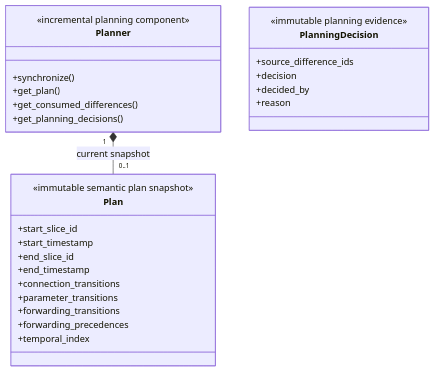
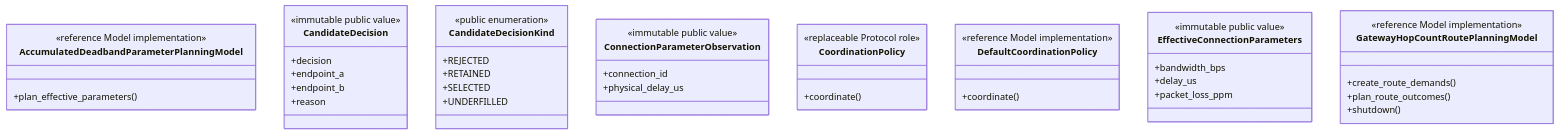
Before and after one commit to seed-labs/skyseed: the second of 8 diagrams in skyseed_v2/src/skyseed_v2/simulator/planning/README.md, drawn with Mermaid. The commit also changed other lines of this file and 256 other files, not shown here.

Commit message:
refactor: complete network planner architecture cutover

````diff
--- a/skyseed_v2/src/skyseed_v2/simulator/planning/README.md
+++ b/skyseed_v2/src/skyseed_v2/simulator/planning/README.md
@@ -119,31 +266,46 @@
 ```mermaid
 classDiagram
-    class Planner {
-        <<incremental planning component>>
-        +synchronize()
-        +get_plan()
-        +get_consumed_differences()
-        +get_planning_decisions()
+    class AccumulatedDeadbandParameterPlanningModel {
+        <<reference Model implementation>>
+        +plan_effective_parameters()
     }
-    class Plan {
-        <<immutable semantic plan snapshot>>
-        +start_slice_id
-        +start_timestamp
-        +end_slice_id
-        +end_timestamp
-        +connection_transitions
-        +parameter_transitions
-        +forwarding_transitions
-        +forwarding_precedences
-        +temporal_index
-    }
-    class PlanningDecision {
-        <<immutable planning evidence>>
-        +source_difference_ids
+    class CandidateDecision {
+        <<immutable public value>>
         +decision
-        +decided_by
+        +endpoint_a
+        +endpoint_b
         +reason
     }
-
-    Planner "1" *-- "0..1" Plan : current snapshot
+    class CandidateDecisionKind {
+        <<public enumeration>>
+        +REJECTED
+        +RETAINED
+        +SELECTED
+        +UNDERFILLED
+    }
+    class ConnectionParameterObservation {
+        <<immutable public value>>
+        +connection_id
+        +physical_delay_us
+    }
+    class CoordinationPolicy {
+        <<replaceable Protocol role>>
+        +coordinate()
+    }
+    class DefaultCoordinationPolicy {
+        <<reference Model implementation>>
+        +coordinate()
+    }
+    class EffectiveConnectionParameters {
+        <<immutable public value>>
+        +bandwidth_bps
+        +delay_us
+        +packet_loss_ppm
+    }
+    class GatewayHopCountRoutePlanningModel {
+        <<reference Model implementation>>
+        +create_route_demands()
+        +plan_route_outcomes()
+        +shutdown()
+    }
 ```
````
